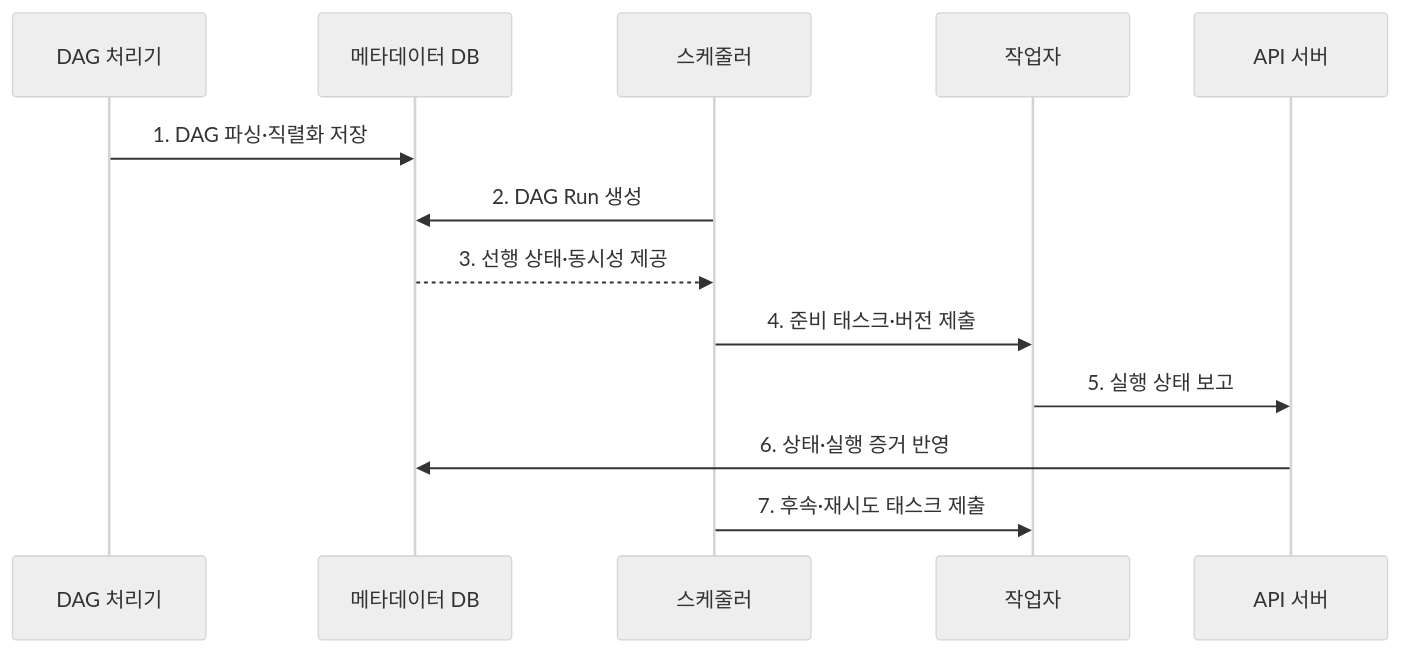
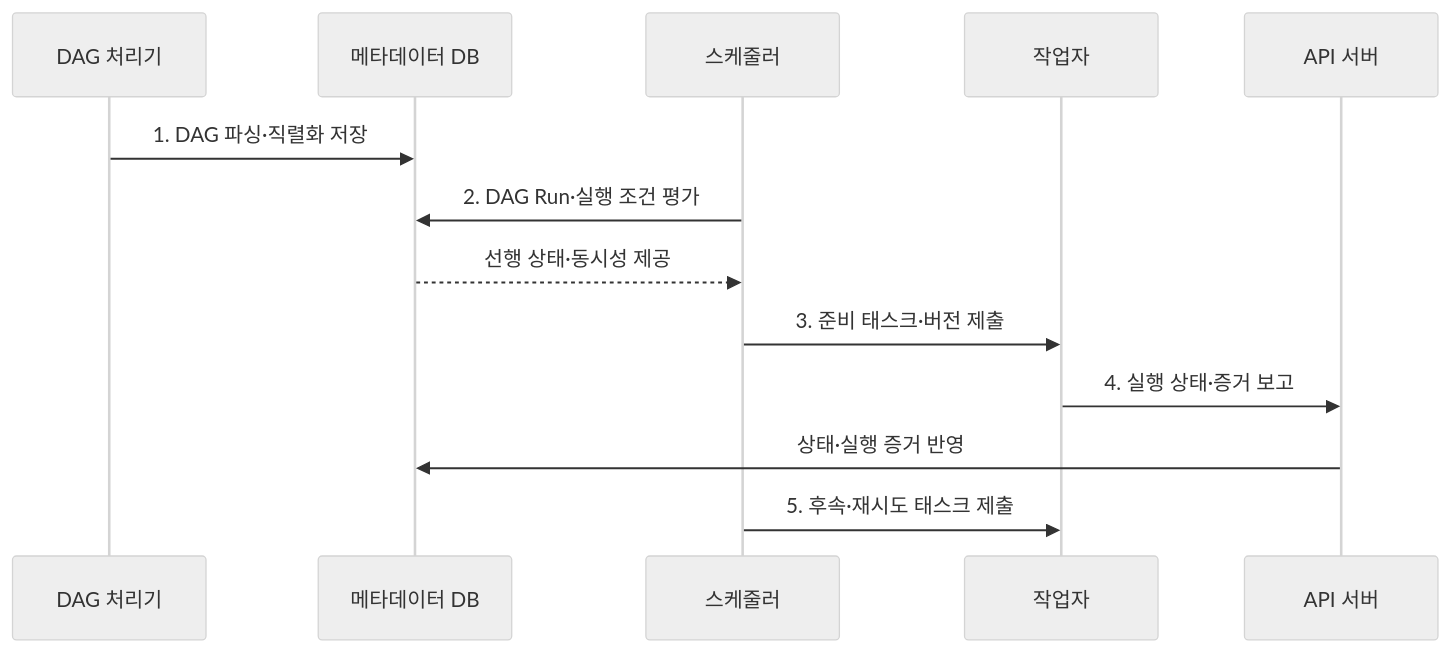
One commit to agnusdei1207/knowledge-base changed the second of 2 diagrams in src/content/docs/notes/03-software/139_data_pipeline_orchestration.md. Above: the diagram before and after it, drawn with Mermaid (neutral theme). The commit also changed other lines of this file and 238 other files, not shown here.

````diff
--- a/src/content/docs/notes/03-software/139_data_pipeline_orchestration.md
+++ b/src/content/docs/notes/03-software/139_data_pipeline_orchestration.md
@@ -87,15 +87,15 @@
 ```mermaid
 sequenceDiagram
     participant P as DAG 처리기
     participant M as 메타데이터 DB
     participant S as 스케줄러
     participant W as 작업자
     participant A as API 서버
     P->>M: 1. DAG 파싱·직렬화 저장
-    S->>M: 2. DAG Run 생성
-    M-->>S: 3. 선행 상태·동시성 제공
-    S->>W: 4. 준비 태스크·버전 제출
-    W->>A: 5. 실행 상태 보고
-    A->>M: 6. 상태·실행 증거 반영
-    S->>W: 7. 후속·재시도 태스크 제출
+    S->>M: 2. DAG Run·실행 조건 평가
+    M-->>S: 선행 상태·동시성 제공
+    S->>W: 3. 준비 태스크·버전 제출
+    W->>A: 4. 실행 상태·증거 보고
+    A->>M: 상태·실행 증거 반영
+    S->>W: 5. 후속·재시도 태스크 제출
 ```
````
